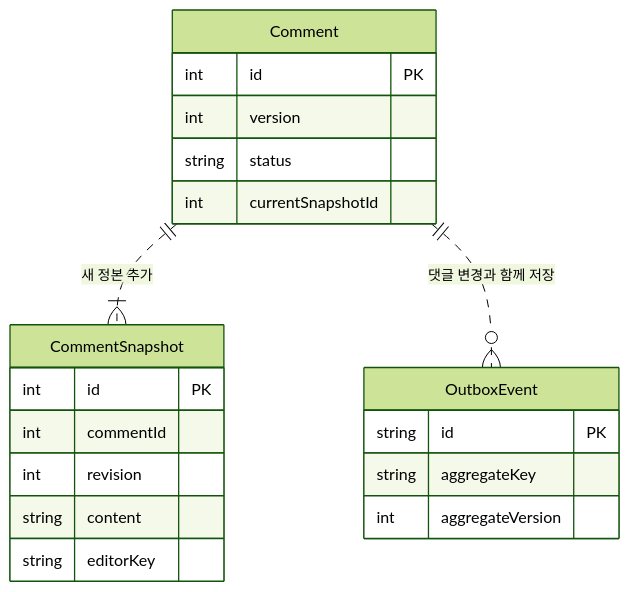
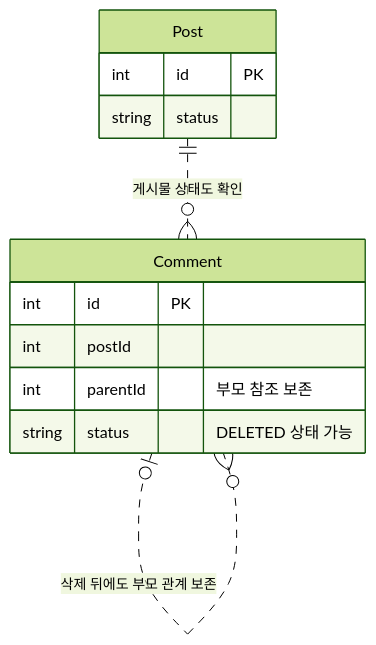
One commit to luke0408/blog-erd changed the sixth of 9 diagrams in docs/comment-management.md. Above: the diagram before and after it, drawn with Mermaid (forest theme). The commit also changed other lines of this file and 5 other files, not shown here.

Commit message:
docs(erd): reorder student questions by design requirements

````diff
--- a/docs/comment-management.md
+++ b/docs/comment-management.md
@@ -126,23 +172,15 @@
 ```mermaid
 erDiagram
+    Post {
+        int id PK
+        string status
+    }
     Comment {
         int id PK
-        int version
-        string status
-        int currentSnapshotId
+        int postId
+        int parentId "부모 참조 보존"
+        string status "DELETED 상태 가능"
     }
-    CommentSnapshot {
-        int id PK
-        int commentId
-        int revision
-        string content
-        string editorKey
-    }
-    OutboxEvent {
-        string id PK
-        string aggregateKey
-        int aggregateVersion
-    }
-    Comment ||..|{ CommentSnapshot : "새 정본 추가"
-    Comment ||..o{ OutboxEvent : "댓글 변경과 함께 저장"
+    Post ||..o{ Comment : "게시물 상태도 확인"
+    Comment |o..o{ Comment : "삭제 뒤에도 부모 관계 보존"
 ```
````
